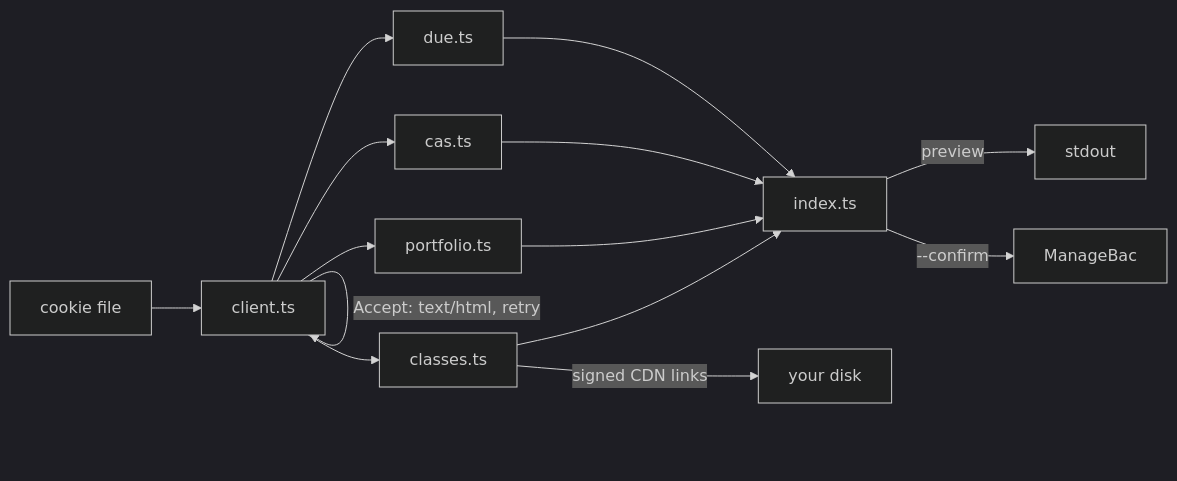
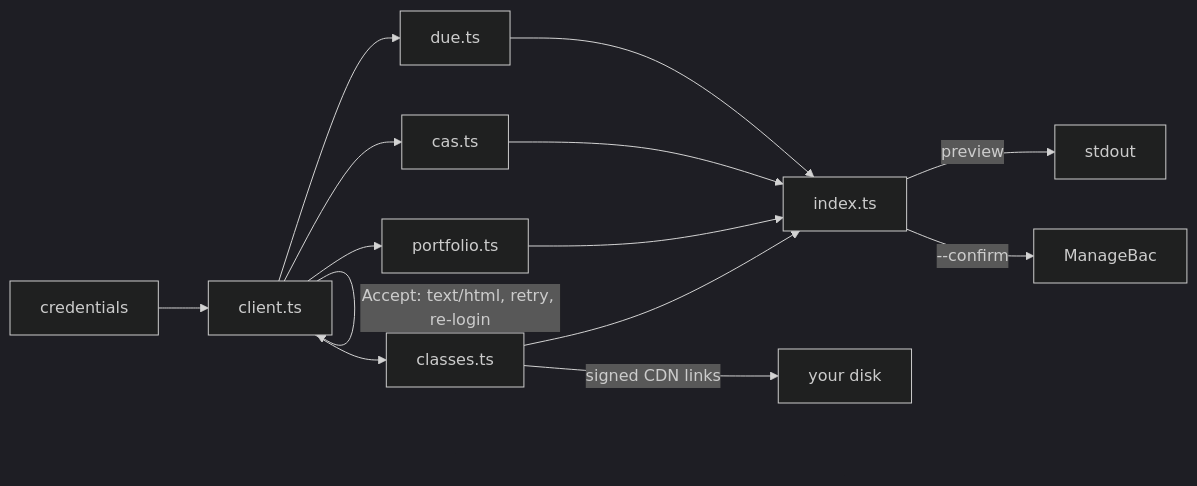
Before and after one commit to nitrimandylis/bacpack: the diagram in README.md, drawn with Mermaid (dark theme). The commit also changed other lines of this file and 3 other files, not shown here.

````diff
--- a/README.md
+++ b/README.md
@@ -123,16 +125,16 @@
 ```mermaid
 flowchart LR
-    A[cookie file] --> B[client.ts]
-    B -->|Accept: text/html, retry| B
+    A[credentials] --> B[client.ts]
+    B -->|Accept: text/html, retry, re-login| B
     B --> C[due.ts]
     B --> D[cas.ts]
     B --> E[portfolio.ts]
     B --> I[classes.ts]
     C --> F[index.ts]
     D --> F
     E --> F
     I --> F
     I -->|signed CDN links| J[your disk]
     F -->|preview| G[stdout]
     F -->|--confirm| H[ManageBac]
 ```
````
